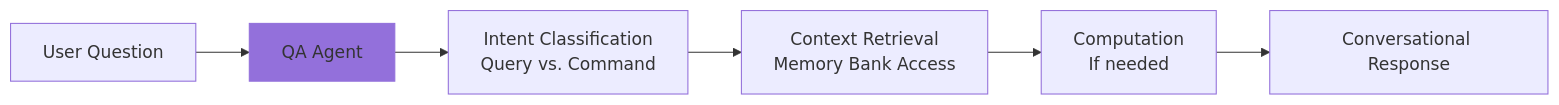
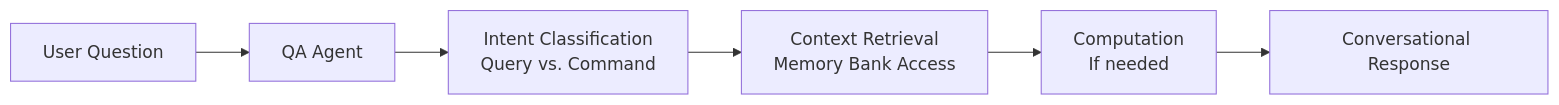
One commit to Vijay-Kiran-R/Data-Guild changed the seventh of 7 diagrams in README.md. Above: the diagram before and after it, drawn with Mermaid. The commit also changed other lines of this file, not shown here.

````diff
--- a/README.md
+++ b/README.md
@@ -294,10 +278,9 @@
 ```mermaid
 flowchart LR
     A[User Question] --> B[QA Agent]
     B --> C[Intent Classification<br/>Query vs. Command]
     C --> D[Context Retrieval<br/>Memory Bank Access]
     D --> E[Computation<br/>If needed]
     E --> F[Conversational Response]
     
-    style B fill:#9370DB
 ```
````
